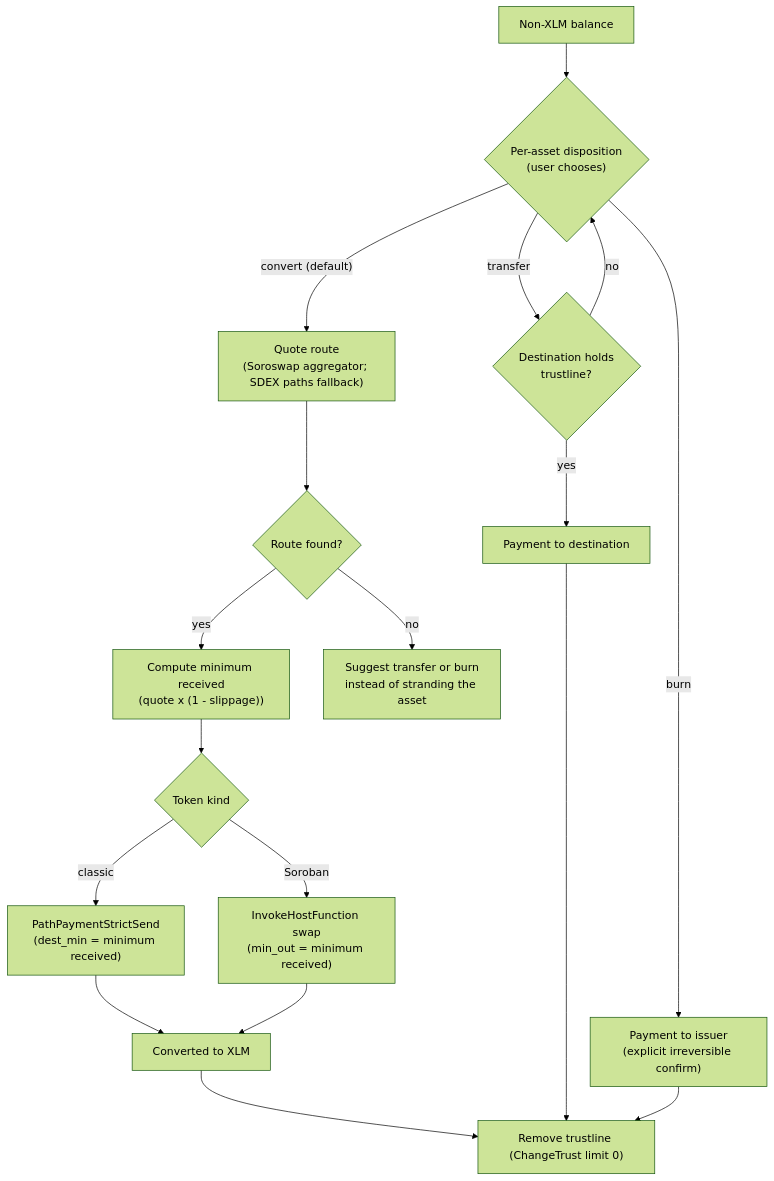
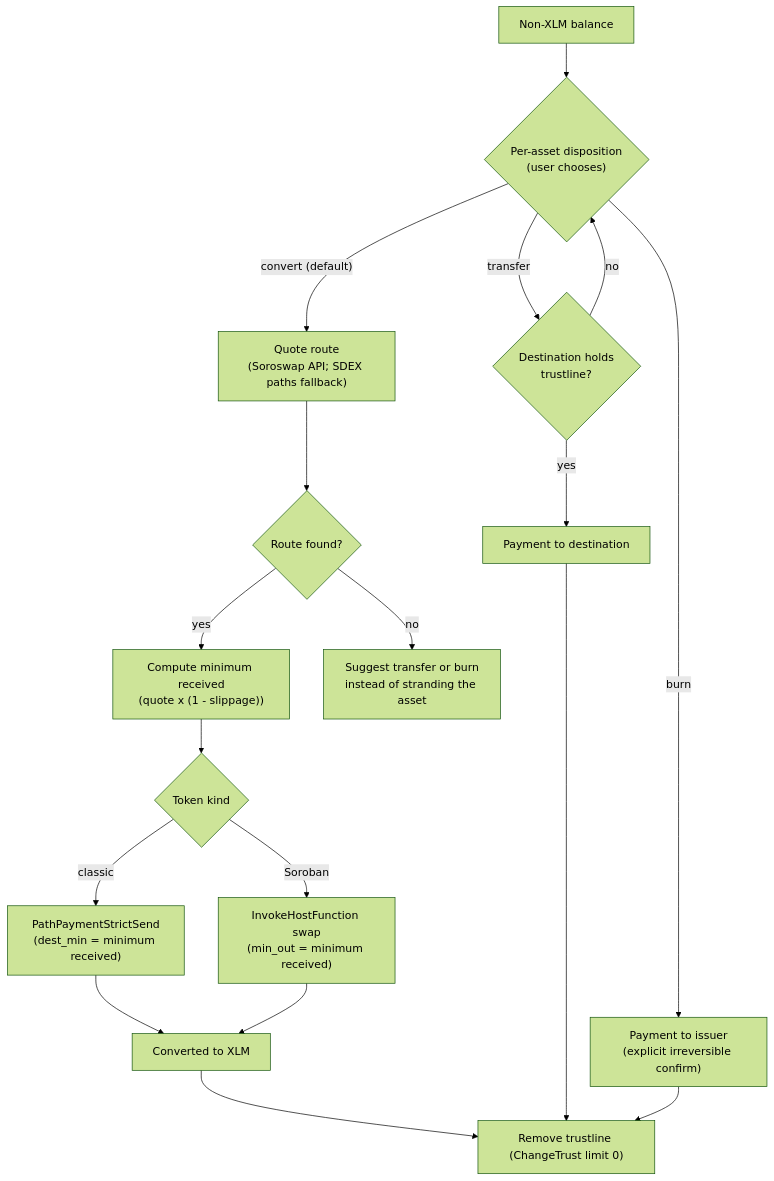
One commit to OscarGauss/lumenwipe changed the eighth of 9 diagrams in docs/architecture.md. Above: the diagram before and after it, drawn with Mermaid (forest theme). The commit also changed other lines of this file and 2 other files, not shown here.

````diff
--- a/docs/architecture.md
+++ b/docs/architecture.md
@@ -453,20 +453,20 @@
 ```mermaid
 flowchart TD
     asset["Non-XLM balance"] --> disp{"Per-asset disposition<br/>(user chooses)"}
     disp -->|"transfer"| tl{"Destination holds<br/>trustline?"}
     tl -->|"yes"| xfer["Payment to destination"]
     tl -->|"no"| disp
     disp -->|"burn"| burn["Payment to issuer<br/>(explicit irreversible confirm)"]
-    disp -->|"convert (default)"| q["Quote route<br/>(Soroswap aggregator; SDEX paths fallback)"]
+    disp -->|"convert (default)"| q["Quote route<br/>(Soroswap API; SDEX paths fallback)"]
     q --> hasroute{"Route found?"}
     hasroute -->|"yes"| minrecv["Compute minimum received<br/>(quote x (1 - slippage))"]
     minrecv --> kind{"Token kind"}
     kind -->|"classic"| pp["PathPaymentStrictSend<br/>(dest_min = minimum received)"]
     kind -->|"Soroban"| inv["InvokeHostFunction swap<br/>(min_out = minimum received)"]
     pp --> conv["Converted to XLM"]
     inv --> conv
     hasroute -->|"no"| opt["Suggest transfer or burn<br/>instead of stranding the asset"]
     conv --> rm["Remove trustline (ChangeTrust limit 0)"]
     xfer --> rm
     burn --> rm
 ```
````
